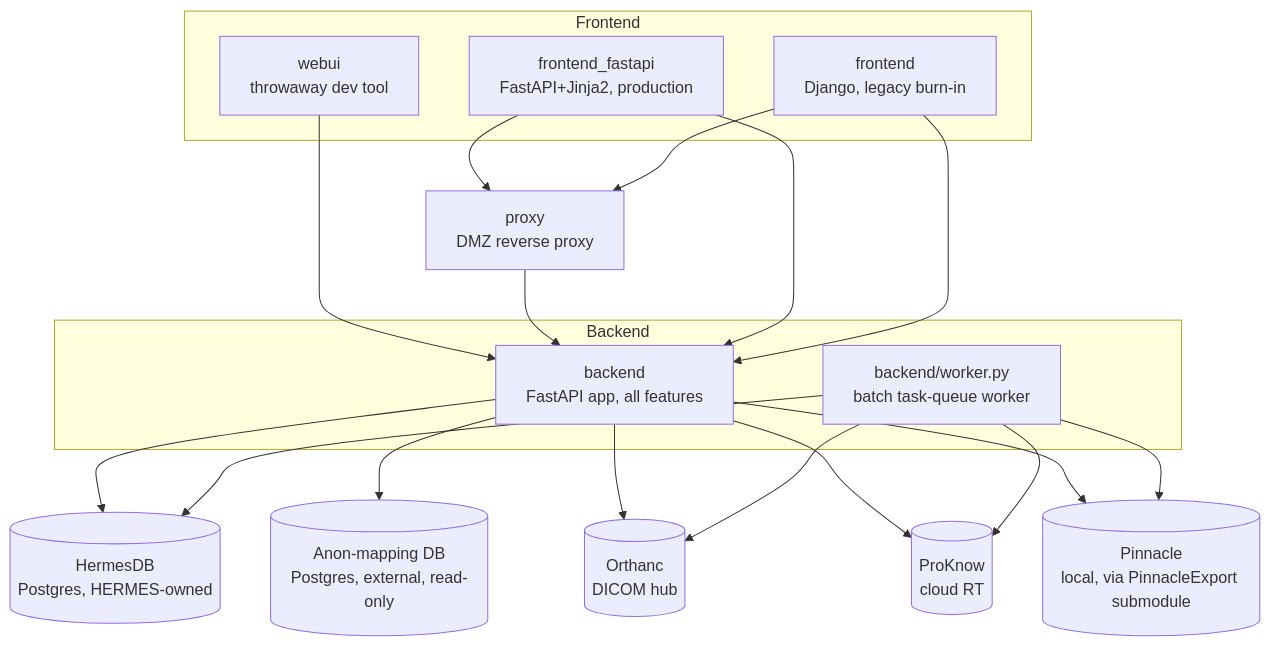
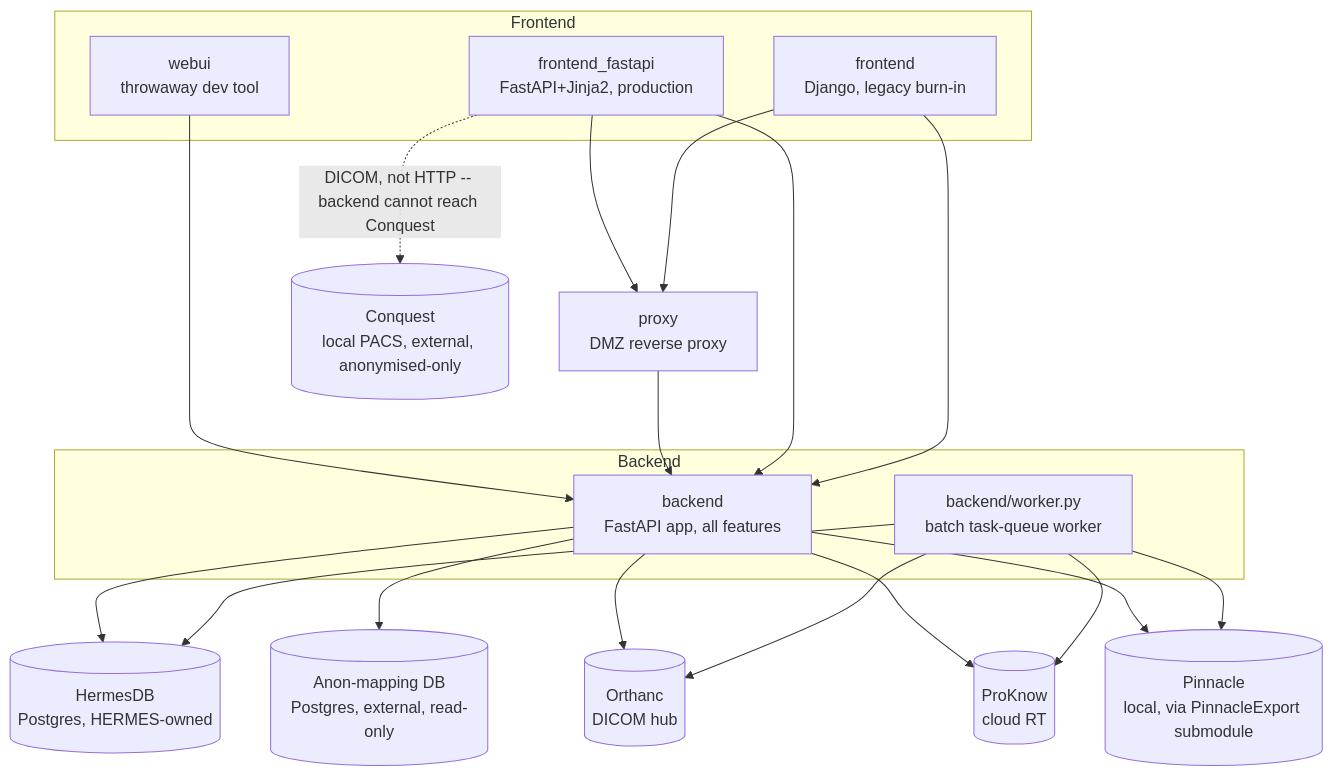
The diagram in ARCHITECTURE.md (Christie-Scientific-Computing/HERMES), drawn with Mermaid before and after one commit. The commit also changed other lines of this file and 2 other files, not shown here.

First line of the commit message:
Refresh architecture map for the local-pacs-query feature

````diff
--- a/ARCHITECTURE.md
+++ b/ARCHITECTURE.md
@@ -13,34 +13,36 @@
 ```mermaid
 graph TD
     subgraph Frontend
         FASTAPI[frontend_fastapi\nFastAPI+Jinja2, production]
         DJANGO[frontend\nDjango, legacy burn-in]
         WEBUI[webui\nthrowaway dev tool]
     end
     PROXY[proxy\nDMZ reverse proxy]
     subgraph Backend
         API[backend\nFastAPI app, all features]
         WORKER[backend/worker.py\nbatch task-queue worker]
     end
     HERMESDB[(HermesDB\nPostgres, HERMES-owned)]
     ANONDB[(Anon-mapping DB\nPostgres, external, read-only)]
     ORTHANC[(Orthanc\nDICOM hub)]
     PROKNOW[(ProKnow\ncloud RT)]
     PINNACLE[(Pinnacle\nlocal, via PinnacleExport submodule)]
+    CONQUEST[(Conquest\nlocal PACS, external, anonymised-only)]
 
     FASTAPI --> PROXY
     DJANGO --> PROXY
     WEBUI --> API
     PROXY --> API
     FASTAPI --> API
     DJANGO --> API
     API --> HERMESDB
     API --> ANONDB
     API --> ORTHANC
     API --> PROKNOW
     API --> PINNACLE
     WORKER --> HERMESDB
     WORKER --> ORTHANC
     WORKER --> PROKNOW
     WORKER --> PINNACLE
+    FASTAPI -.DICOM, not HTTP -- backend cannot reach Conquest.-> CONQUEST
 ```
````
